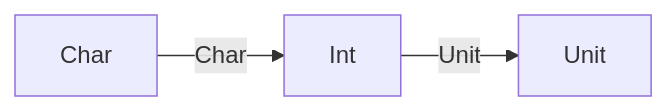
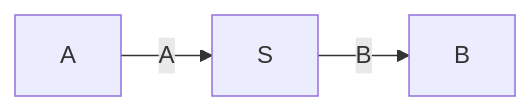
Before and after one commit to julianpeeters/polynomial: the diagram in README.md, drawn with Mermaid. The commit also changed other lines of this file and 2 other files, not shown here.

Commit message:
Refactor Mermaid

````diff
--- a/README.md
+++ b/README.md
@@ -55,4 +55,4 @@
 ```mermaid
 graph LR;
-  A[Char]:::hidden-->|Char|S[Int]-->|Unit|B[Unit]:::hidden;
+  A:::hidden-->|A|S-->|B|B:::hidden;
 ```
````
